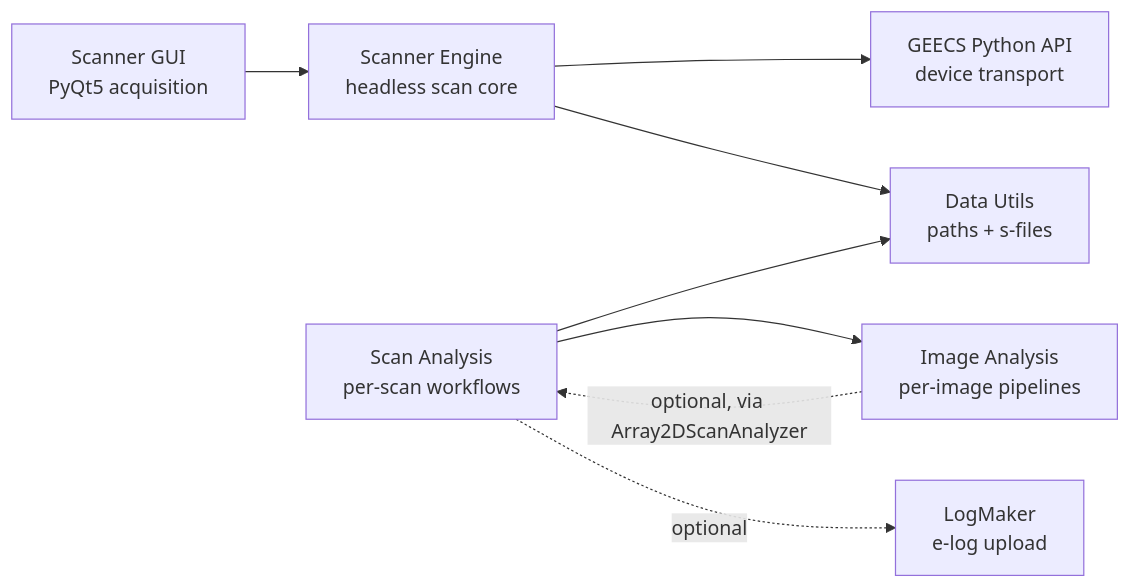
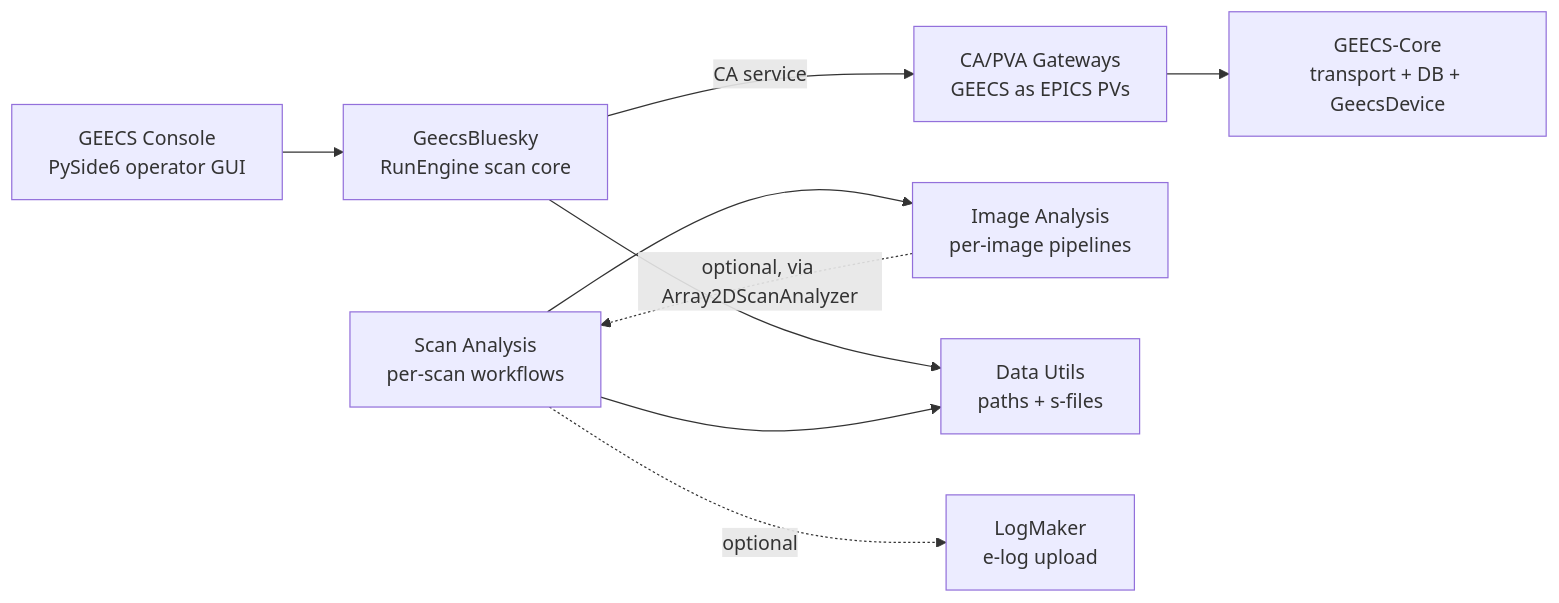
The diagram in docs/index.md (GEECS-BELLA/GEECS-Plugins), drawn with Mermaid before and after one commit. The commit also changed 9 other files, not shown here.

Commit message:
review findings 1-3: RTD geecs-bluesky install, homepage diagram + tutorial truth-ups, internal stragglers (PR #629)

````diff
--- a/docs/index.md
+++ b/docs/index.md
@@ -70,18 +70,20 @@
 ```mermaid
 flowchart LR
-    GUI[Scanner GUI<br/>PyQt5 acquisition]
-    Engine[Scanner Engine<br/>headless scan core]
+    Console[GEECS Console<br/>PySide6 operator GUI]
+    Engine[GeecsBluesky<br/>RunEngine scan core]
+    Core[GEECS-Core<br/>transport + DB + GeecsDevice]
+    GW[CA/PVA Gateways<br/>GEECS as EPICS PVs]
     SA[Scan Analysis<br/>per-scan workflows]
     IA[Image Analysis<br/>per-image pipelines]
     DU[Data Utils<br/>paths + s-files]
-    API[GEECS Python API<br/>device transport]
     GDoc[LogMaker<br/>e-log upload]
 
-    GUI --> Engine
-    Engine --> API
+    Console --> Engine
+    Engine -->|CA service| GW
+    GW --> Core
     Engine --> DU
     SA --> IA
     SA --> DU
     SA -.->|optional| GDoc
     IA -.->|optional, via Array2DScanAnalyzer| SA
 ```
````
